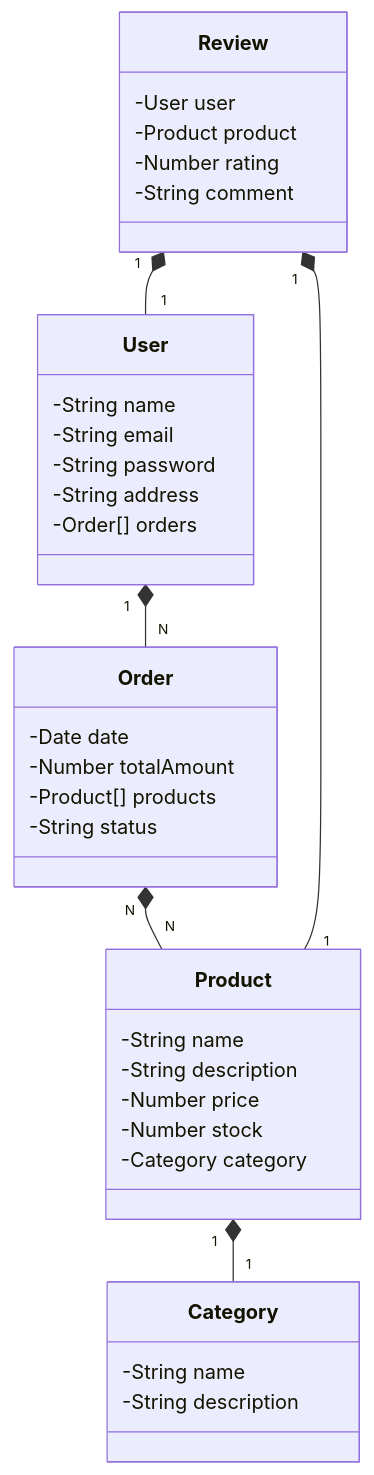
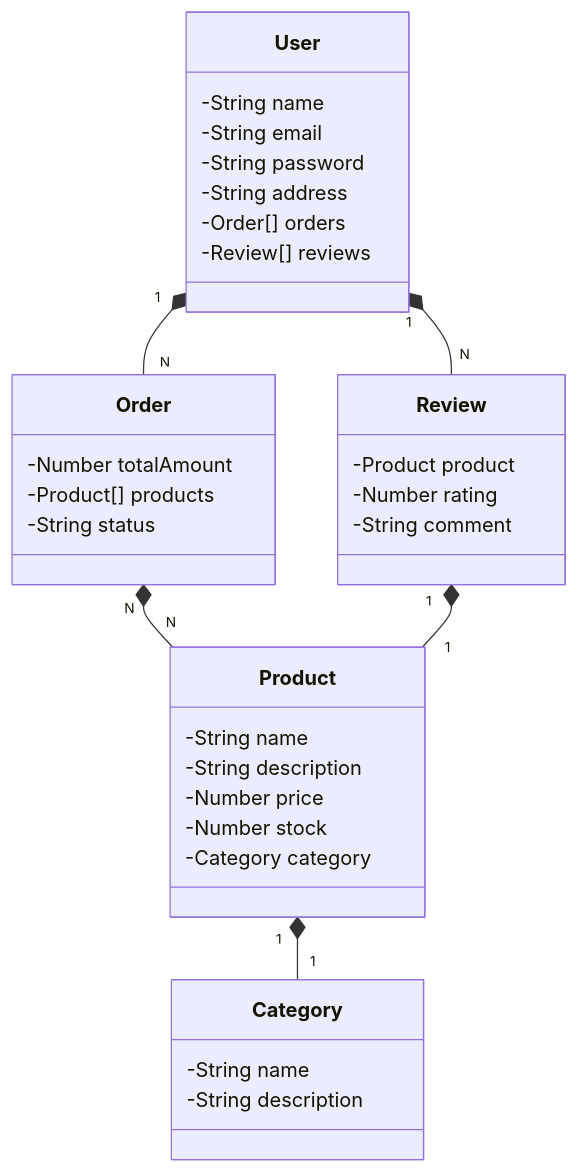
Before and after one commit to Fasboyr/santander-bootcamp-2024: the diagram in README.md, drawn with Mermaid.

````diff
--- a/README.md
+++ b/README.md
@@ -6,44 +6,43 @@
 ```mermaid
 
 classDiagram
     class User {
         -String name
         -String email
         -String password
         -String address
         -Order[] orders
+        -Review[] reviews
     }
 
     class Product {
         -String name
         -String description
         -Number price
         -Number stock
         -Category category
     }
 
     class Category {
         -String name
         -String description
     }
 
     class Order {
-        -Date date
         -Number totalAmount
         -Product[] products
         -String status
     }
 
     class Review {
-        -User user
         -Product product
         -Number rating
         -String comment
     }
 
     User "1" *-- "N" Order
+    User "1" *-- "N" Review
     Product "1" *-- "1" Category
     Order "N" *-- "N" Product
-    Review "1" *-- "1" User
     Review "1" *-- "1" Product
 ```
````
